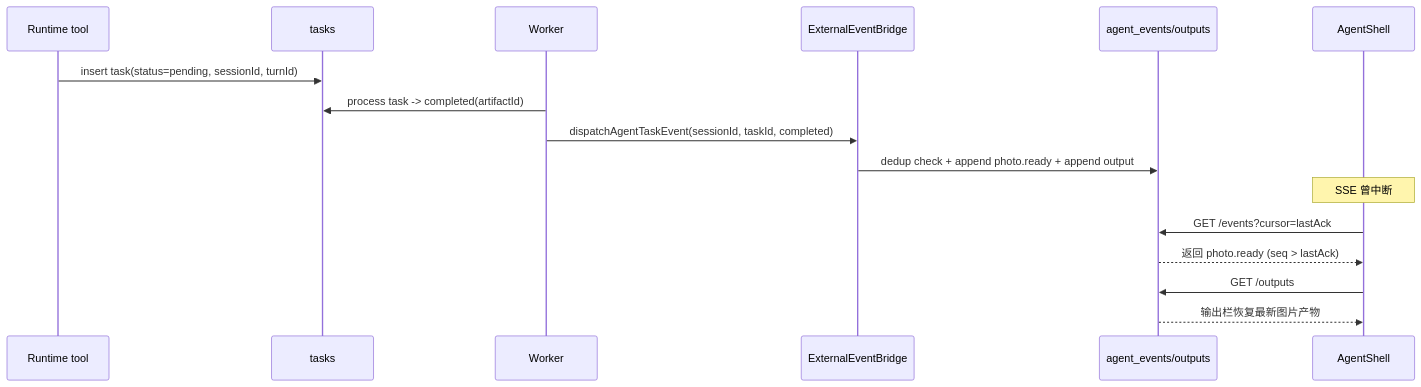
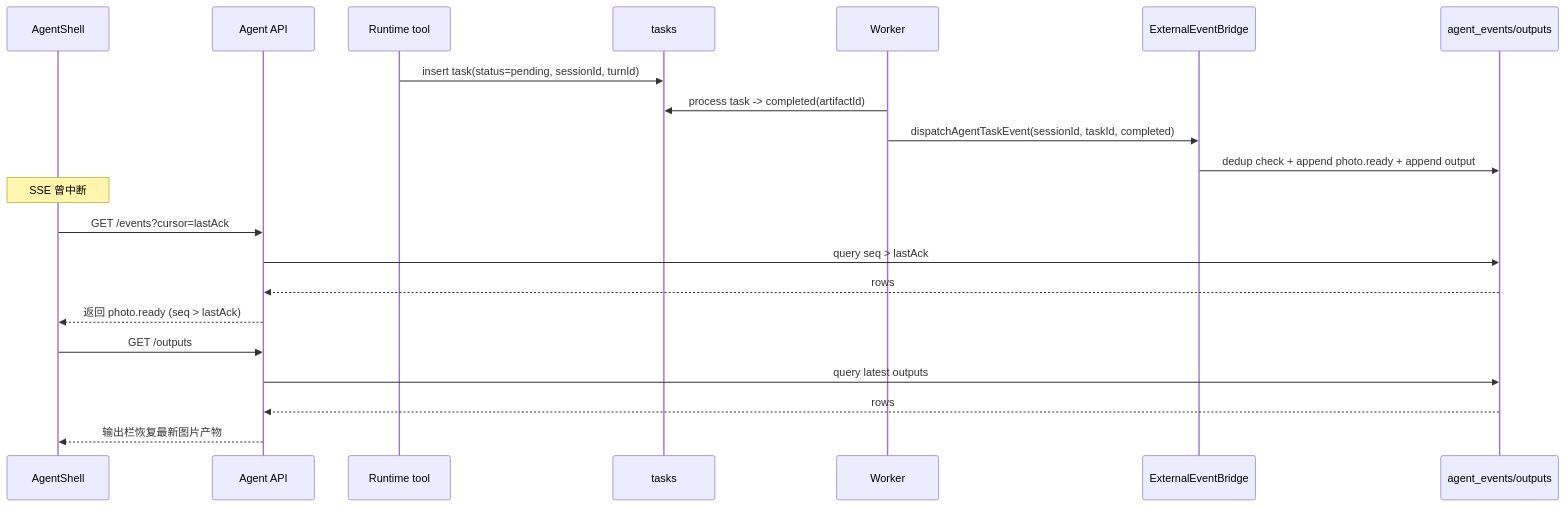
One commit to catoncat/kada changed the fifth of 5 diagrams in docs/engineering/pi-agent-architecture-v1.md. Above: the diagram before and after it, drawn with Mermaid. The commit also changed other lines of this file and 5 other files, not shown here.

````diff
--- a/docs/engineering/pi-agent-architecture-v1.md
+++ b/docs/engineering/pi-agent-architecture-v1.md
@@ -465,20 +539,25 @@
 ```mermaid
 sequenceDiagram
+  participant UI as AgentShell
+  participant API as Agent API
   participant RT as Runtime tool
   participant TQ as tasks
   participant WK as Worker
   participant BR as ExternalEventBridge
   participant DB as agent_events/outputs
-  participant UI as AgentShell
 
   RT->>TQ: insert task(status=pending, sessionId, turnId)
   WK->>TQ: process task -> completed(artifactId)
   WK->>BR: dispatchAgentTaskEvent(sessionId, taskId, completed)
   BR->>DB: dedup check + append photo.ready + append output
 
   Note over UI: SSE 曾中断
-  UI->>DB: GET /events?cursor=lastAck
-  DB-->>UI: 返回 photo.ready (seq > lastAck)
-  UI->>DB: GET /outputs
-  DB-->>UI: 输出栏恢复最新图片产物
+  UI->>API: GET /events?cursor=lastAck
+  API->>DB: query seq > lastAck
+  DB-->>API: rows
+  API-->>UI: 返回 photo.ready (seq > lastAck)
+  UI->>API: GET /outputs
+  API->>DB: query latest outputs
+  DB-->>API: rows
+  API-->>UI: 输出栏恢复最新图片产物
 ```
````
